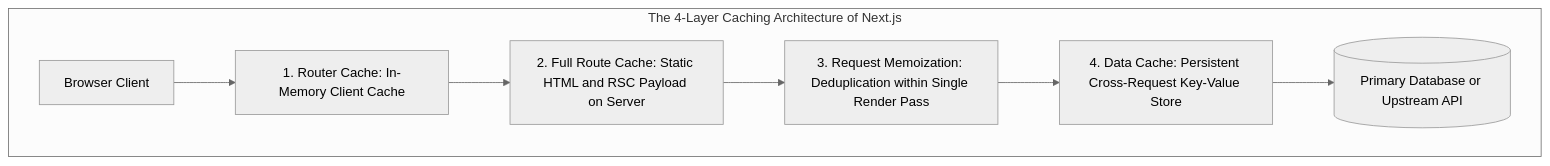
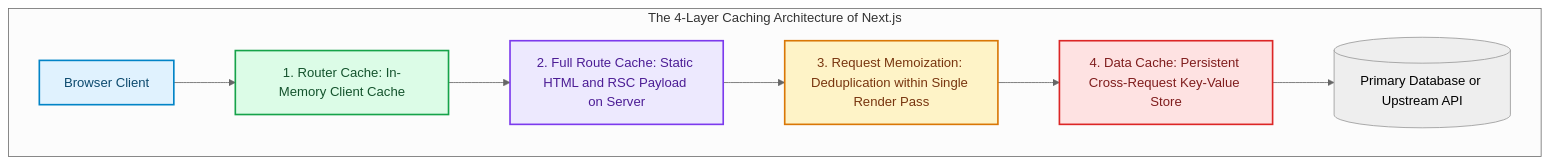
Before and after one commit to akmalkhaniub/akmalkhaniub.github.io: the diagram in blog/posts/the-great-un-caching-nextjs-15-caching-architecture-defaults.md, drawn with Mermaid (neutral theme). The commit also changed other lines of this file and 1291 other files, not shown here.

First line of the commit message:
feat(catalog): unique covers, scholarly references, and diagram palettes

````diff
--- a/blog/posts/the-great-un-caching-nextjs-15-caching-architecture-defaults.md
+++ b/blog/posts/the-great-un-caching-nextjs-15-caching-architecture-defaults.md
@@ -21,10 +21,21 @@
 ```mermaid
 flowchart TD
   subgraph CachingArch ["The 4-Layer Caching Architecture of Next.js"]
     Client["Browser Client"] --> L1["1. Router Cache: In-Memory Client Cache"]
     L1 --> L2["2. Full Route Cache: Static HTML and RSC Payload on Server"]
     L2 --> L3["3. Request Memoization: Deduplication within Single Render Pass"]
     L3 --> L4["4. Data Cache: Persistent Cross-Request Key-Value Store"]
     L4 --> Database[("Primary Database or Upstream API")]
   end
+
+classDef green fill:#dcfce7,stroke:#16a34a,stroke-width:2px,color:#14532d;
+classDef red fill:#fee2e2,stroke:#dc2626,stroke-width:2px,color:#7f1d1d;
+classDef blue fill:#e0f2fe,stroke:#0284c7,stroke-width:2px,color:#0c4a6e;
+classDef yellow fill:#fef3c7,stroke:#d97706,stroke-width:2px,color:#78350f;
+classDef purple fill:#ede9fe,stroke:#7c3aed,stroke-width:2px,color:#4c1d95;
+class Client blue
+class L1 green
+class L2 purple
+class L3 yellow
+class L4 red
 ```
````
